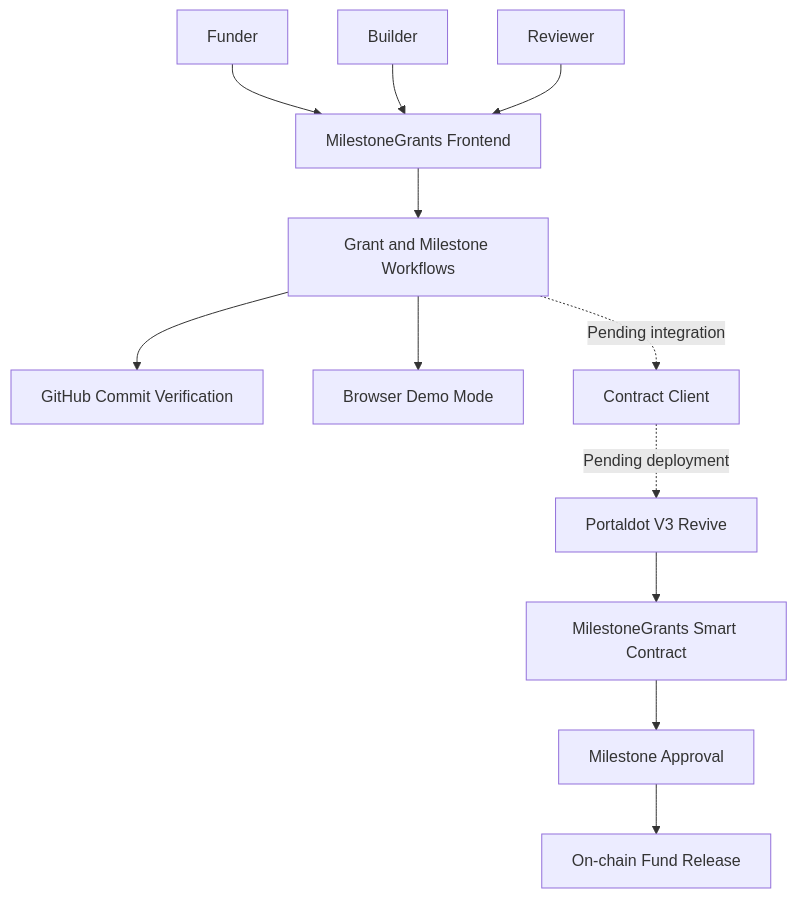
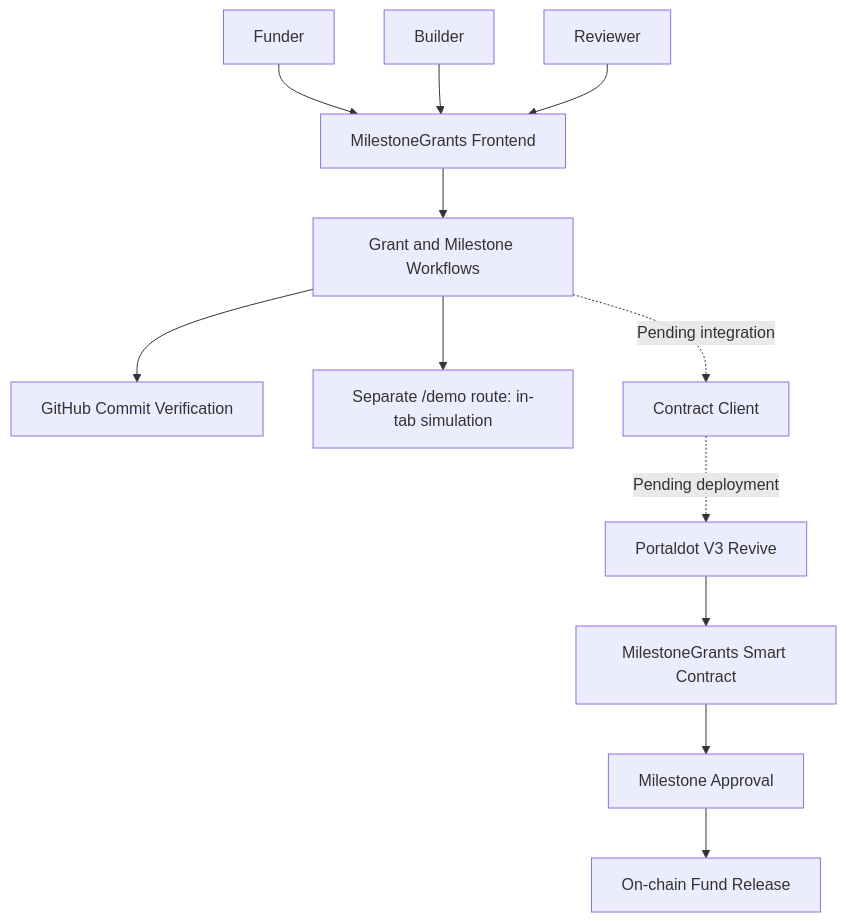
Before and after one commit to orjinameh/milestone-grants: the diagram in docs/architecture.md, drawn with Mermaid. The commit also changed other lines of this file and 21 other files, not shown here.

Commit message:
Separate demo mode from the real app: demo moves to /demo

````diff
--- a/docs/architecture.md
+++ b/docs/architecture.md
@@ -9,17 +9,17 @@
 ```mermaid
 flowchart TD
     A[Funder] --> D[MilestoneGrants Frontend]
     B[Builder] --> D
     C[Reviewer] --> D
 
     D --> E[Grant and Milestone Workflows]
     E --> F[GitHub Commit Verification]
-    E --> G[Browser Demo Mode]
+    E --> G[Separate /demo route: in-tab simulation]
 
     E -. Pending integration .-> H[Contract Client]
     H -. Pending deployment .-> I[Portaldot V3 Revive]
     I --> J[MilestoneGrants Smart Contract]
 
     J --> K[Milestone Approval]
     K --> L[On-chain Fund Release]
 ```
````
